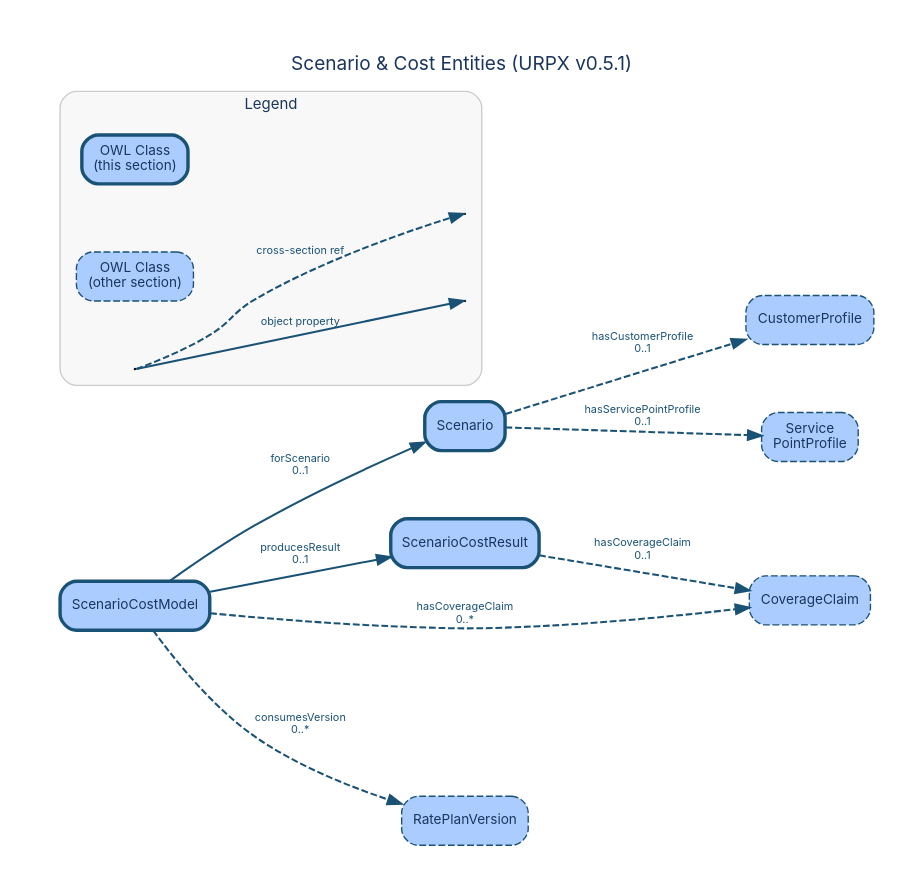
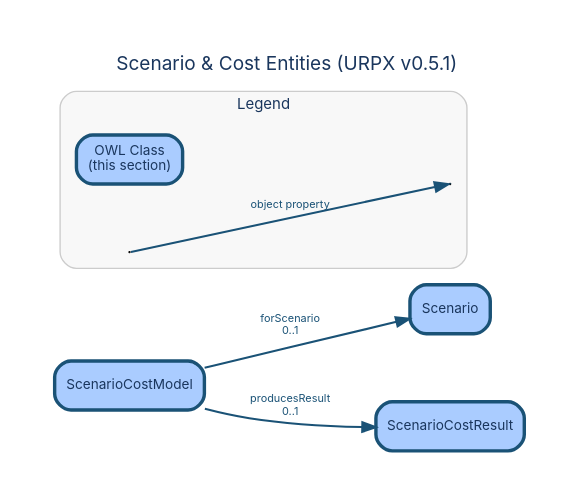
The diagram in documentation/diagrams/dictionary/scenario-cost-entities.dot (urpx-org/urpx), drawn with Graphviz before and after one commit. The commit also changed 2 other files, not shown here.

```diff
--- a/documentation/diagrams/dictionary/scenario-cost-entities.dot
+++ b/documentation/diagrams/dictionary/scenario-cost-entities.dot
@@ -1,91 +1,55 @@
 digraph "Scenario & Cost Entities" {
     rankdir=LR;
     bgcolor="white";
     pad=0.4;
     nodesep=0.7;
     ranksep=0.9;
     fontname="Inter, Helvetica, Arial, sans-serif";
     label="Scenario & Cost Entities (URPX v0.5.1)";
     labelloc="t";
     fontsize=14;
     fontcolor="#1a365d";
     node [fontname="Inter, Helvetica, Arial, sans-serif", fontsize=10, style=filled, fontcolor="#1a365d"];
     edge [fontname="Inter, Helvetica, Arial, sans-serif", fontsize=8, fontcolor="#1a365d"];
 
     // Section classes
     Scenario [
         label="Scenario"
         shape=box, style="filled,rounded", fillcolor="#aaccff", color="#1a5276", penwidth=2.5
     ];
     ScenarioCostModel [
         label="ScenarioCostModel"
         shape=box, style="filled,rounded", fillcolor="#aaccff", color="#1a5276", penwidth=2.5
     ];
     ScenarioCostResult [
         label="ScenarioCostResult"
         shape=box, style="filled,rounded", fillcolor="#aaccff", color="#1a5276", penwidth=2.5
     ];
 
-    // Cross-section references
-    CoverageClaim [
-        label="CoverageClaim"
-        shape=box, fillcolor="#aaccff", color="#1a5276", penwidth=1, style="filled,rounded,dashed"
-    ];
-    CustomerProfile [
-        label="CustomerProfile"
-        shape=box, fillcolor="#aaccff", color="#1a5276", penwidth=1, style="filled,rounded,dashed"
-    ];
-    RatePlanVersion [
-        label="RatePlanVersion"
-        shape=box, fillcolor="#aaccff", color="#1a5276", penwidth=1, style="filled,rounded,dashed"
-    ];
-    ServicePointProfile [
-        label="Service\nPointProfile"
-        shape=box, fillcolor="#aaccff", color="#1a5276", penwidth=1, style="filled,rounded,dashed"
-    ];
-
     // Object property edges
-    Scenario -> CustomerProfile [
-        label="hasCustomerProfile\n0..1", style=dashed, color="#1a5276", fontcolor="#1a5276", penwidth=1.5
-    ];
-    Scenario -> ServicePointProfile [
-        label="hasServicePointProfile\n0..1", style=dashed, color="#1a5276", fontcolor="#1a5276", penwidth=1.5
-    ];
-    ScenarioCostModel -> RatePlanVersion [
-        label="consumesVersion\n0..*", style=dashed, color="#1a5276", fontcolor="#1a5276", penwidth=1.5
-    ];
     ScenarioCostModel -> Scenario [
         label="forScenario\n0..1", color="#1a5276", fontcolor="#1a5276", penwidth=1.5
     ];
-    ScenarioCostModel -> CoverageClaim [
-        label="hasCoverageClaim\n0..*", style=dashed, color="#1a5276", fontcolor="#1a5276", penwidth=1.5
-    ];
     ScenarioCostModel -> ScenarioCostResult [
         label="producesResult\n0..1", color="#1a5276", fontcolor="#1a5276", penwidth=1.5
-    ];
-    ScenarioCostResult -> CoverageClaim [
-        label="hasCoverageClaim\n0..1", style=dashed, color="#1a5276", fontcolor="#1a5276", penwidth=1.5
     ];
 
     // Auto-computed rank hints
     { rank=same; Scenario; ScenarioCostResult; }
 
     subgraph cluster_legend {
         label="Legend";
         fontname="Inter, Helvetica, Arial, sans-serif";
         fontsize=11;
         fontcolor="#1a365d";
         style=rounded;
         color="#cccccc";
         bgcolor="#f8f8f8";
         margin=12;
 
         leg_class [label="OWL Class\n(this section)", shape=box, style="filled,rounded", fillcolor="#aaccff", color="#1a5276", penwidth=2.5];
-        leg_xref [label="OWL Class\n(other section)", shape=box, fillcolor="#aaccff", color="#1a5276", penwidth=1, style="filled,rounded,dashed"];
         leg_src [label=" ", shape=point, width=0.01];
         leg_tgt1 [label=" ", shape=point, width=0.01];
         leg_src -> leg_tgt1 [label="object property", color="#1a5276", fontcolor="#1a5276", penwidth=1.5];
-        leg_tgt2 [label=" ", shape=point, width=0.01];
-        leg_src -> leg_tgt2 [label="cross-section ref", style=dashed, color="#1a5276", fontcolor="#1a5276", penwidth=1.5];
     }
 }
```
